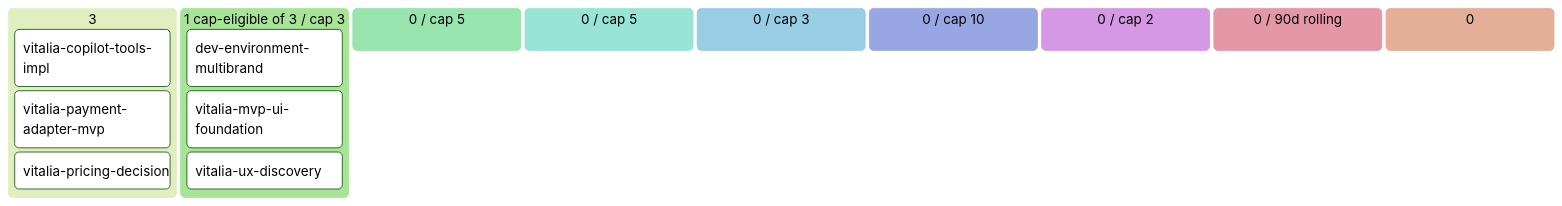
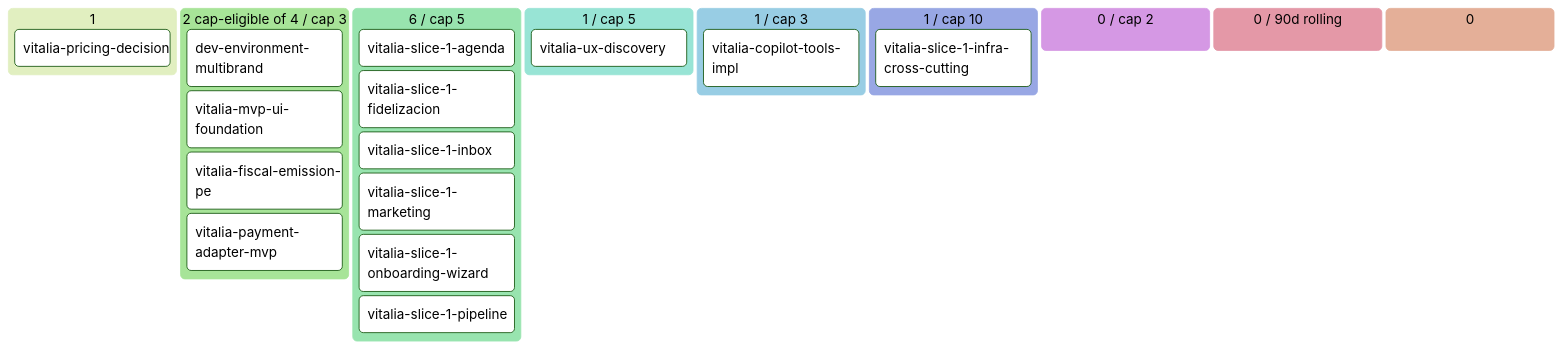
Before and after one commit to alpaca-purpura/luana-platform: the diagram in vitalia/docs/product/BACKLOG.md, drawn with Mermaid (forest theme). The commit also changed other lines of this file and 396 other files, not shown here.

First line of the commit message:
feat: cement story-closure-gate + vitalia Slice 1 infra/copilot WIP (squash wip/vitalia-slice-1-shipping)

````diff
--- a/vitalia/docs/product/BACKLOG.md
+++ b/vitalia/docs/product/BACKLOG.md
@@ -43,18 +50,26 @@
 ```mermaid
 kanban
-  💡 Ideas (3)
-    vitalia-copilot-tools-impl[vitalia-copilot-tools-impl]
-    vitalia-payment-adapter-mvp[vitalia-payment-adapter-mvp]
+  💡 Ideas (1)
     vitalia-pricing-decision[vitalia-pricing-decision]
-  🔬 Refining (1 cap-eligible of 3 / cap 3)
+  🔬 Refining (2 cap-eligible of 4 / cap 3)
     dev-environment-multibrand[dev-environment-multibrand]
     vitalia-mvp-ui-foundation[vitalia-mvp-ui-foundation]
+    vitalia-fiscal-emission-pe[vitalia-fiscal-emission-pe]
+    vitalia-payment-adapter-mvp[vitalia-payment-adapter-mvp]
+  ✅ Refined (6 / cap 5)
+    vitalia-slice-1-agenda[vitalia-slice-1-agenda]
+    vitalia-slice-1-fidelizacion[vitalia-slice-1-fidelizacion]
+    vitalia-slice-1-inbox[vitalia-slice-1-inbox]
+    vitalia-slice-1-marketing[vitalia-slice-1-marketing]
+    vitalia-slice-1-onboarding-wiz[vitalia-slice-1-onboarding-wizard]
+    vitalia-slice-1-pipeline[vitalia-slice-1-pipeline]
+  📦 Ready (1 / cap 5)
     vitalia-ux-discovery[vitalia-ux-discovery]
-  ✅ Refined (0 / cap 5)
-  📦 Ready (0 / cap 5)
-  🔨 Developing (0 / cap 3)
-  🧪 Developed (0 / cap 10)
+  🔨 Developing (1 / cap 3)
+    vitalia-copilot-tools-impl[vitalia-copilot-tools-impl]
+  🧪 Developed (1 / cap 10)
+    vitalia-slice-1-infra-cross-cu[vitalia-slice-1-infra-cross-cutting]
   🔍 Reviewing (0 / cap 2)
   ✅ Done (0 / 90d rolling)
   🅿 Parked (0)
 ```
````
